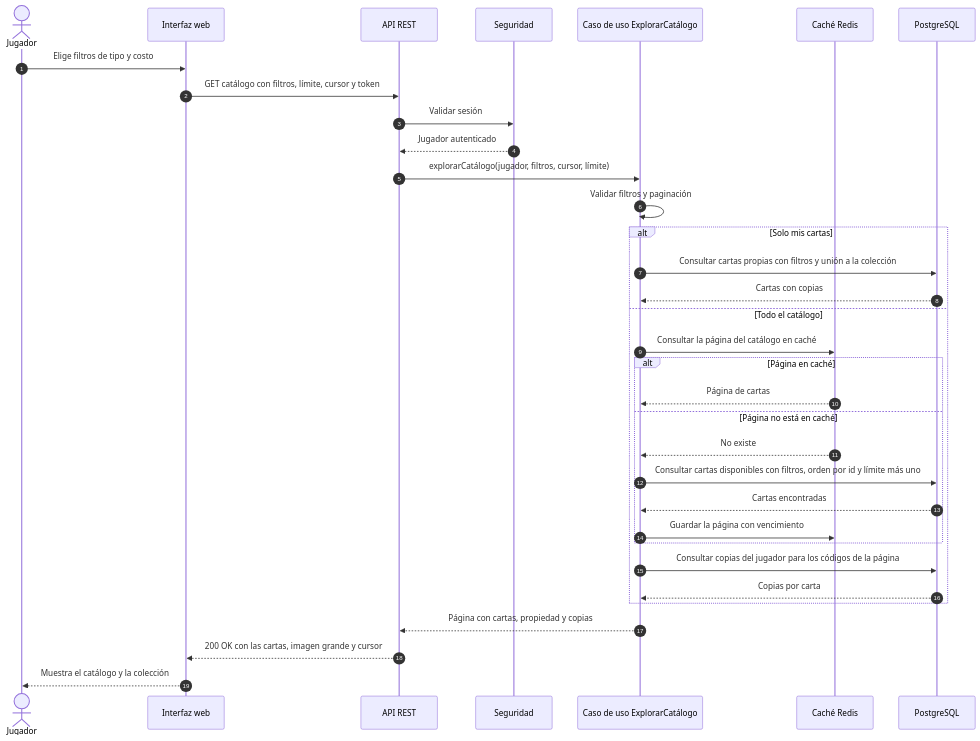
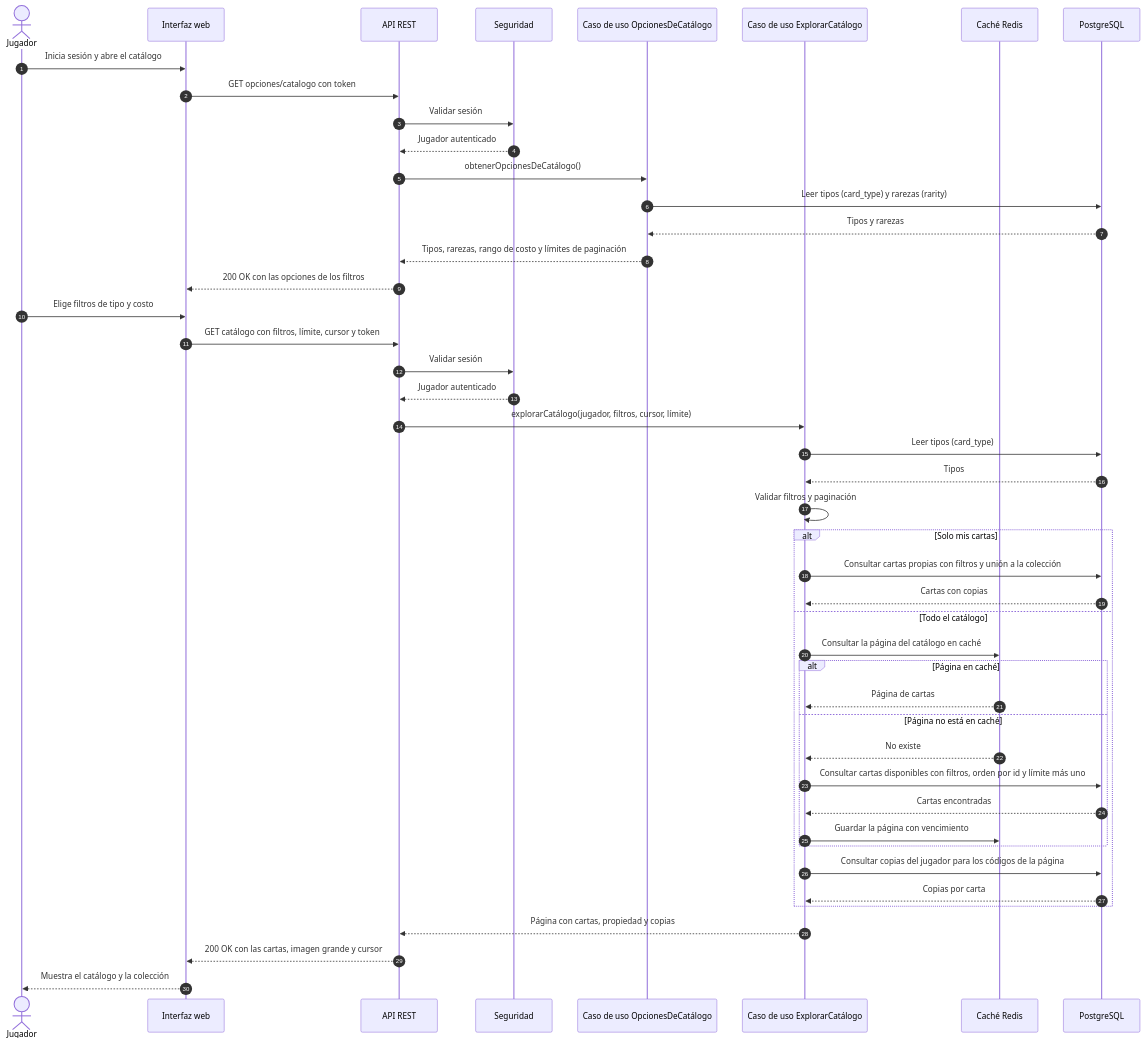
The sixth of 6 diagrams in pokearena/docs/AGENTE_Especificacion_v2_Sprint2_PokeArena.md (a-alfaro19/PokeArena), drawn with Mermaid before and after one commit. The commit also changed other lines of this file and 77 other files, not shown here.

````diff
--- a/pokearena/docs/AGENTE_Especificacion_v2_Sprint2_PokeArena.md
+++ b/pokearena/docs/AGENTE_Especificacion_v2_Sprint2_PokeArena.md
@@ -847,36 +895,48 @@
 ```mermaid
 sequenceDiagram
 autonumber
 actor Jug as Jugador
 participant UI as Interfaz web
 participant API as API REST
 participant SEG as Seguridad
+participant OPC as Caso de uso OpcionesDeCatálogo
 participant UC as Caso de uso ExplorarCatálogo
 participant CAC as Caché Redis
 participant DB as PostgreSQL
+Jug->>UI: Inicia sesión y abre el catálogo
+UI->>API: GET opciones/catalogo con token
+API->>SEG: Validar sesión
+SEG-->>API: Jugador autenticado
+API->>OPC: obtenerOpcionesDeCatálogo()
+OPC->>DB: Leer tipos (card_type) y rarezas (rarity)
+DB-->>OPC: Tipos y rarezas
+OPC-->>API: Tipos, rarezas, rango de costo y límites de paginación
+API-->>UI: 200 OK con las opciones de los filtros
 Jug->>UI: Elige filtros de tipo y costo
 UI->>API: GET catálogo con filtros, límite, cursor y token
 API->>SEG: Validar sesión
 SEG-->>API: Jugador autenticado
 API->>UC: explorarCatálogo(jugador, filtros, cursor, límite)
+UC->>DB: Leer tipos (card_type)
+DB-->>UC: Tipos
 UC->>UC: Validar filtros y paginación
 alt Solo mis cartas
 UC->>DB: Consultar cartas propias con filtros y unión a la colección
 DB-->>UC: Cartas con copias
 else Todo el catálogo
 UC->>CAC: Consultar la página del catálogo en caché
 alt Página en caché
 CAC-->>UC: Página de cartas
 else Página no está en caché
 CAC-->>UC: No existe
 UC->>DB: Consultar cartas disponibles con filtros, orden por id y límite más uno
 DB-->>UC: Cartas encontradas
 UC->>CAC: Guardar la página con vencimiento
 end
 UC->>DB: Consultar copias del jugador para los códigos de la página
 DB-->>UC: Copias por carta
 end
 UC-->>API: Página con cartas, propiedad y copias
 API-->>UI: 200 OK con las cartas, imagen grande y cursor
 UI-->>Jug: Muestra el catálogo y la colección
 ```
````
